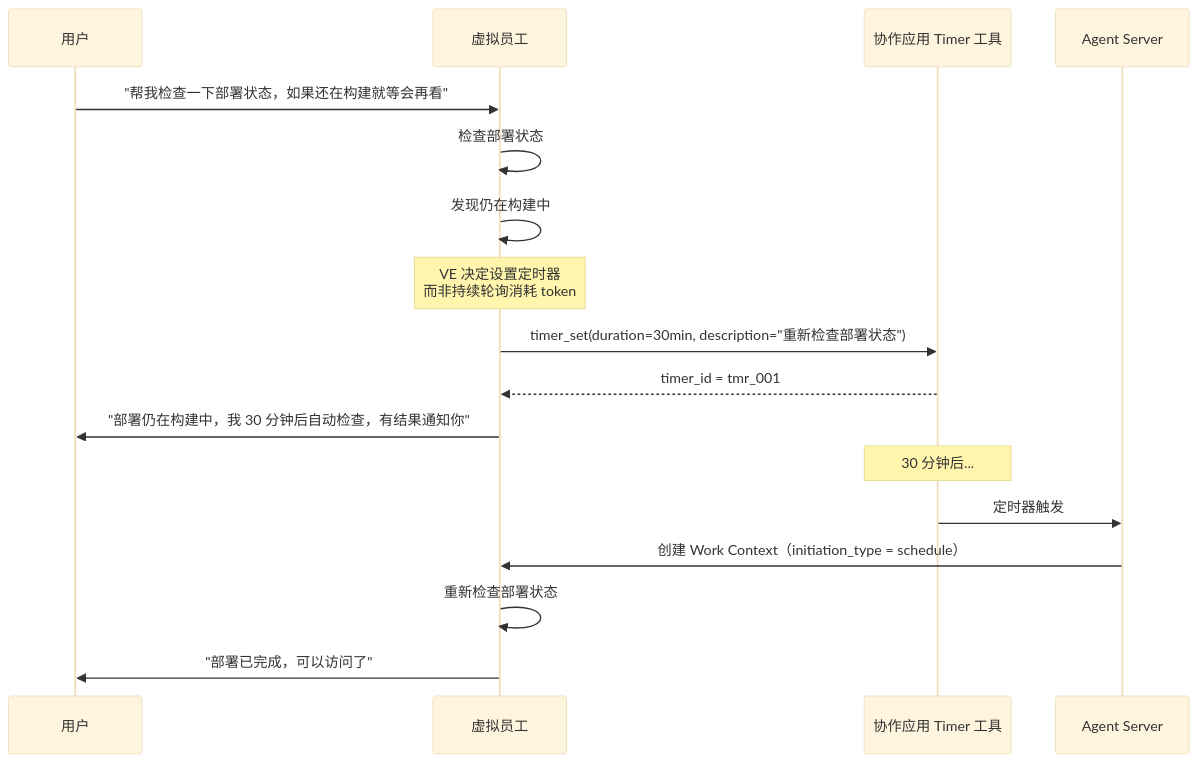
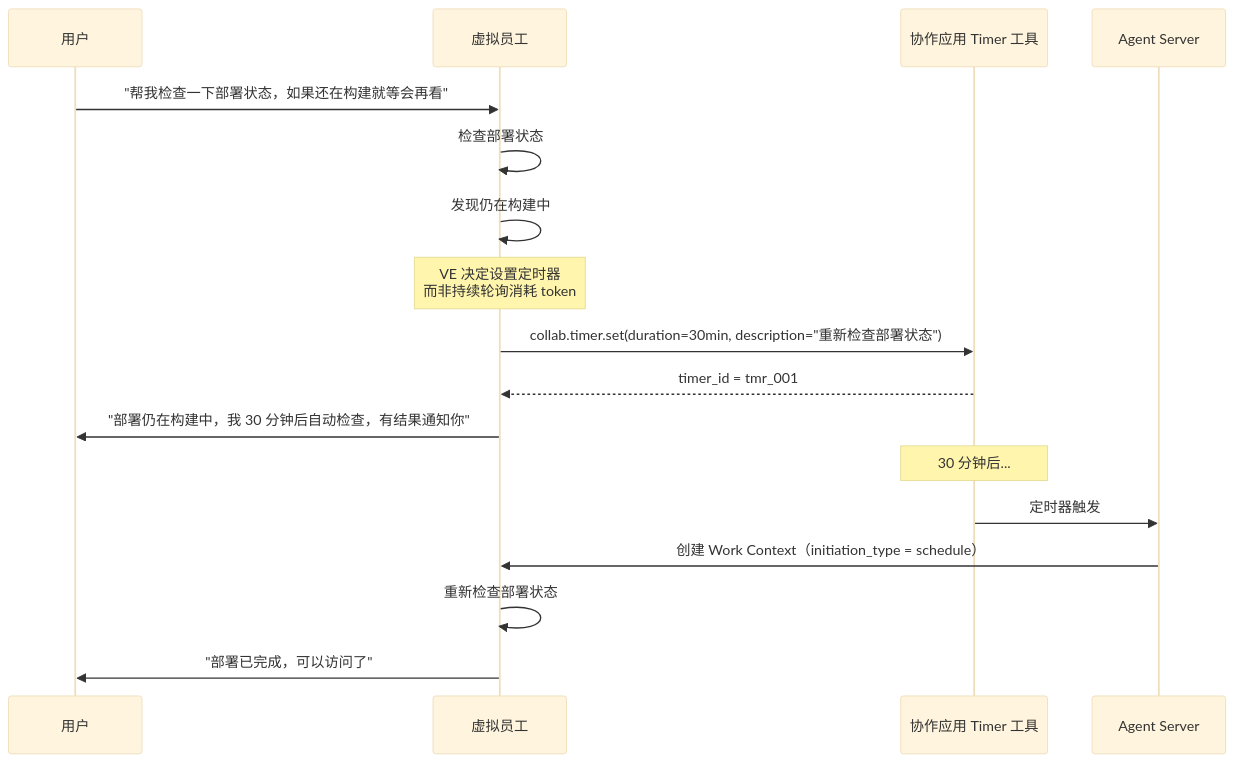
The second of 2 diagrams in virtual-team/src/04-collaboration-app/collaboration-tools/schedule-and-timer.md (chongyi/virtual-team-architecture), drawn with Mermaid (base theme) before and after one commit. The commit also changed other lines of this file and 8 other files, not shown here.

````diff
--- a/virtual-team/src/04-collaboration-app/collaboration-tools/schedule-and-timer.md
+++ b/virtual-team/src/04-collaboration-app/collaboration-tools/schedule-and-timer.md
@@ -123,26 +125,26 @@
 ```mermaid
 sequenceDiagram
     participant User as 用户
     participant VE as 虚拟员工
     participant Timer as 协作应用 Timer 工具
     participant AgentSvr as Agent Server
 
     User->>VE: "帮我检查一下部署状态，如果还在构建就等会再看"
 
     VE->>VE: 检查部署状态
     VE->>VE: 发现仍在构建中
 
     Note over VE: VE 决定设置定时器<br/>而非持续轮询消耗 token
 
-    VE->>Timer: timer_set(duration=30min, description="重新检查部署状态")
+    VE->>Timer: collab.timer.set(duration=30min, description="重新检查部署状态")
     Timer-->>VE: timer_id = tmr_001
 
     VE->>User: "部署仍在构建中，我 30 分钟后自动检查，有结果通知你"
 
     Note over Timer: 30 分钟后...
 
     Timer->>AgentSvr: 定时器触发
     AgentSvr->>VE: 创建 Work Context（initiation_type = schedule）
     VE->>VE: 重新检查部署状态
     VE->>User: "部署已完成，可以访问了"
 ```
````
